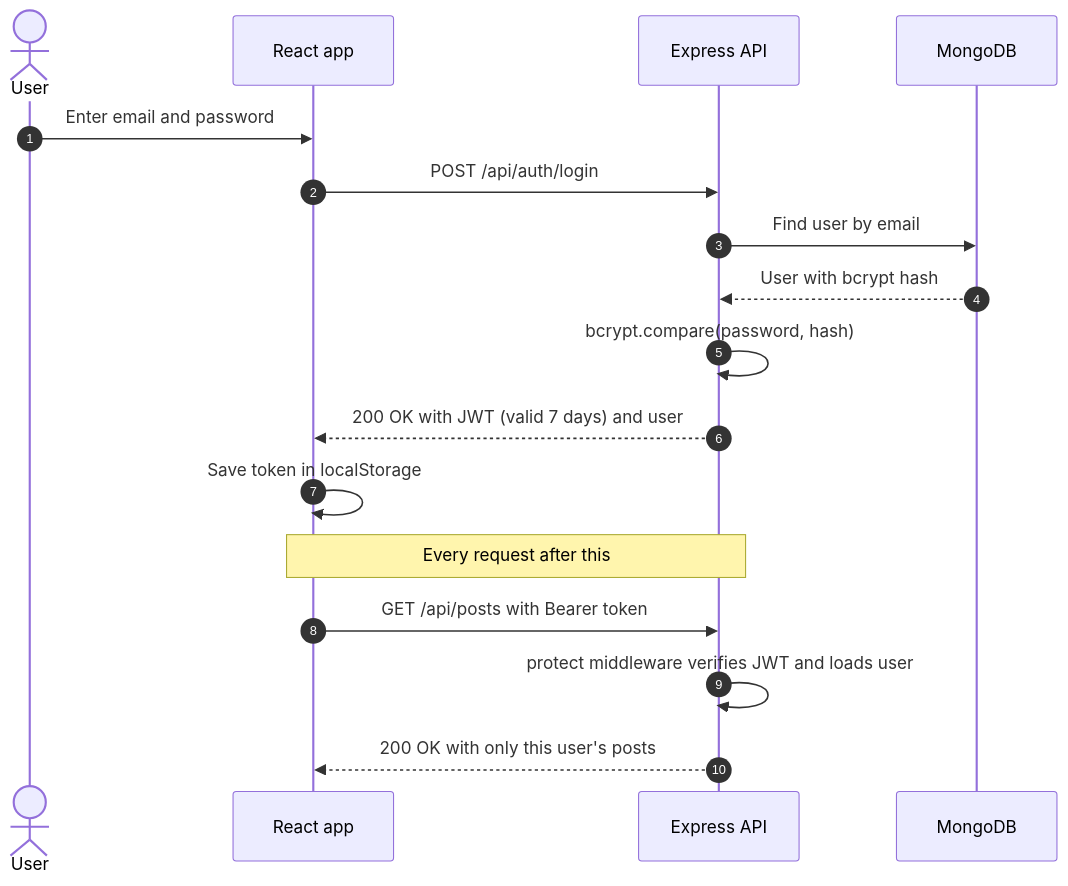
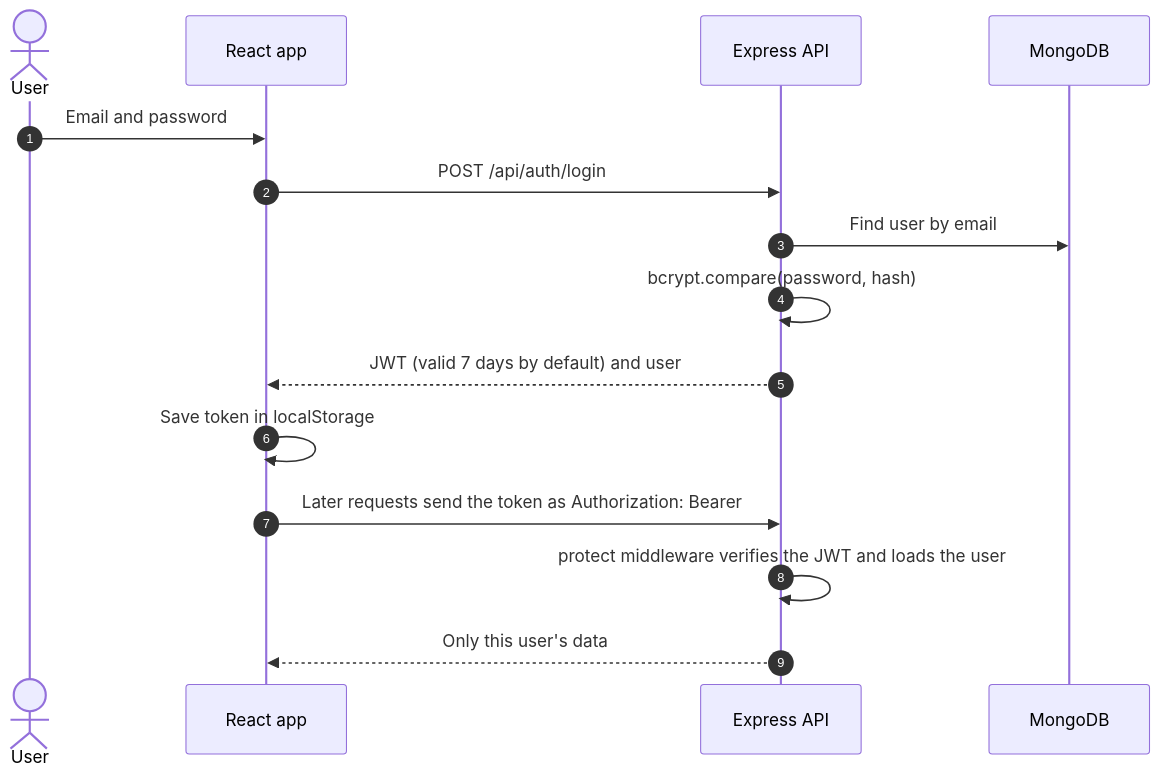
The fourth of 12 diagrams in README.md (anurag-joshi-1403/Social_Sync_Webapp), drawn with Mermaid before and after one commit. The commit also changed other lines of this file, not shown here.

````diff
--- a/README.md
+++ b/README.md
@@ -153,20 +229,18 @@
 ```mermaid
 sequenceDiagram
     autonumber
     actor U as User
     participant R as React app
     participant A as Express API
     participant D as MongoDB
 
-    U->>R: Enter email and password
+    U->>R: Email and password
     R->>A: POST /api/auth/login
     A->>D: Find user by email
-    D-->>A: User with bcrypt hash
     A->>A: bcrypt.compare(password, hash)
-    A-->>R: 200 OK with JWT (valid 7 days) and user
+    A-->>R: JWT (valid 7 days by default) and user
     R->>R: Save token in localStorage
-    Note over R,A: Every request after this
-    R->>A: GET /api/posts with Bearer token
-    A->>A: protect middleware verifies JWT and loads user
-    A-->>R: 200 OK with only this user's posts
+    R->>A: Later requests send the token as Authorization: Bearer
+    A->>A: protect middleware verifies the JWT and loads the user
+    A-->>R: Only this user's data
 ```
````
